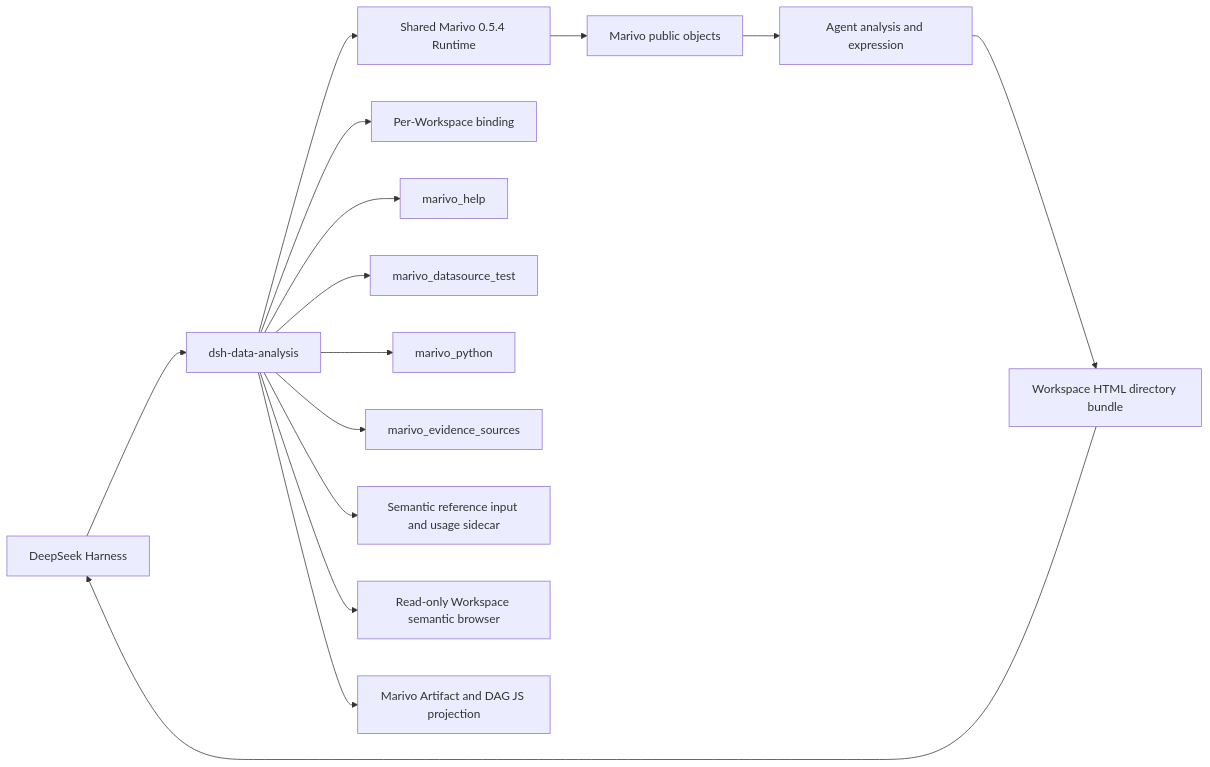
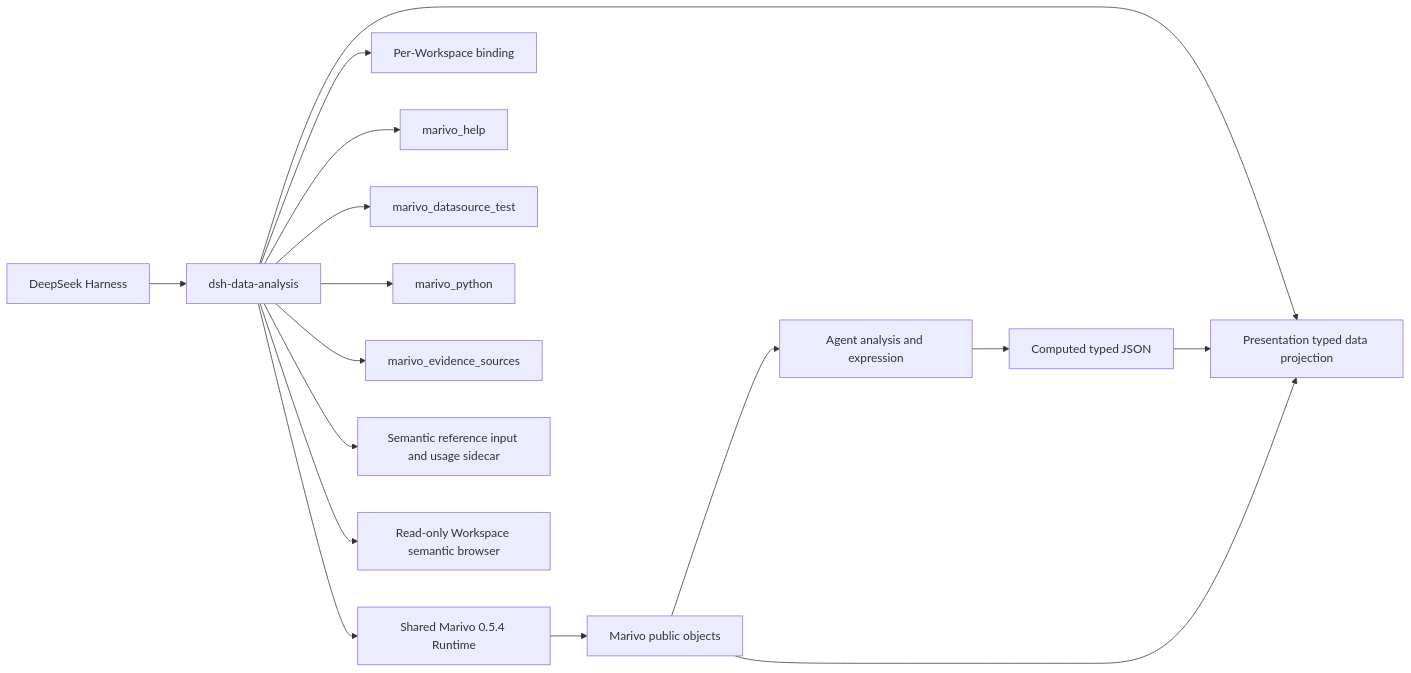
The diagram in docs/architecture.md (chengxianglibra/dsh-data-analysis), drawn with Mermaid before and after one commit. The commit also changed other lines of this file and 85 other files, not shown here.

First line of the commit message:
feat: implement S2 presentation data projection

````diff
--- a/docs/architecture.md
+++ b/docs/architecture.md
@@ -13,17 +13,18 @@
 ```mermaid
 flowchart LR
   D[DeepSeek Harness] --> P[dsh-data-analysis]
   P --> R[Shared Marivo 0.5.4 Runtime]
   P --> W[Per-Workspace binding]
   P --> H[marivo_help]
   P --> T[marivo_datasource_test]
   P --> Y[marivo_python]
   P --> E[marivo_evidence_sources]
   P --> S[Semantic reference input and usage sidecar]
   P --> B[Read-only Workspace semantic browser]
-  P --> J[Marivo Artifact and DAG JS projection]
+  P --> J[Presentation typed data projection]
   R --> M[Marivo public objects]
   M --> A[Agent analysis and expression]
-  A --> F[Workspace HTML directory bundle]
-  F --> D
+  A --> C[Computed typed JSON]
+  C --> J
+  M --> J
 ```
````
